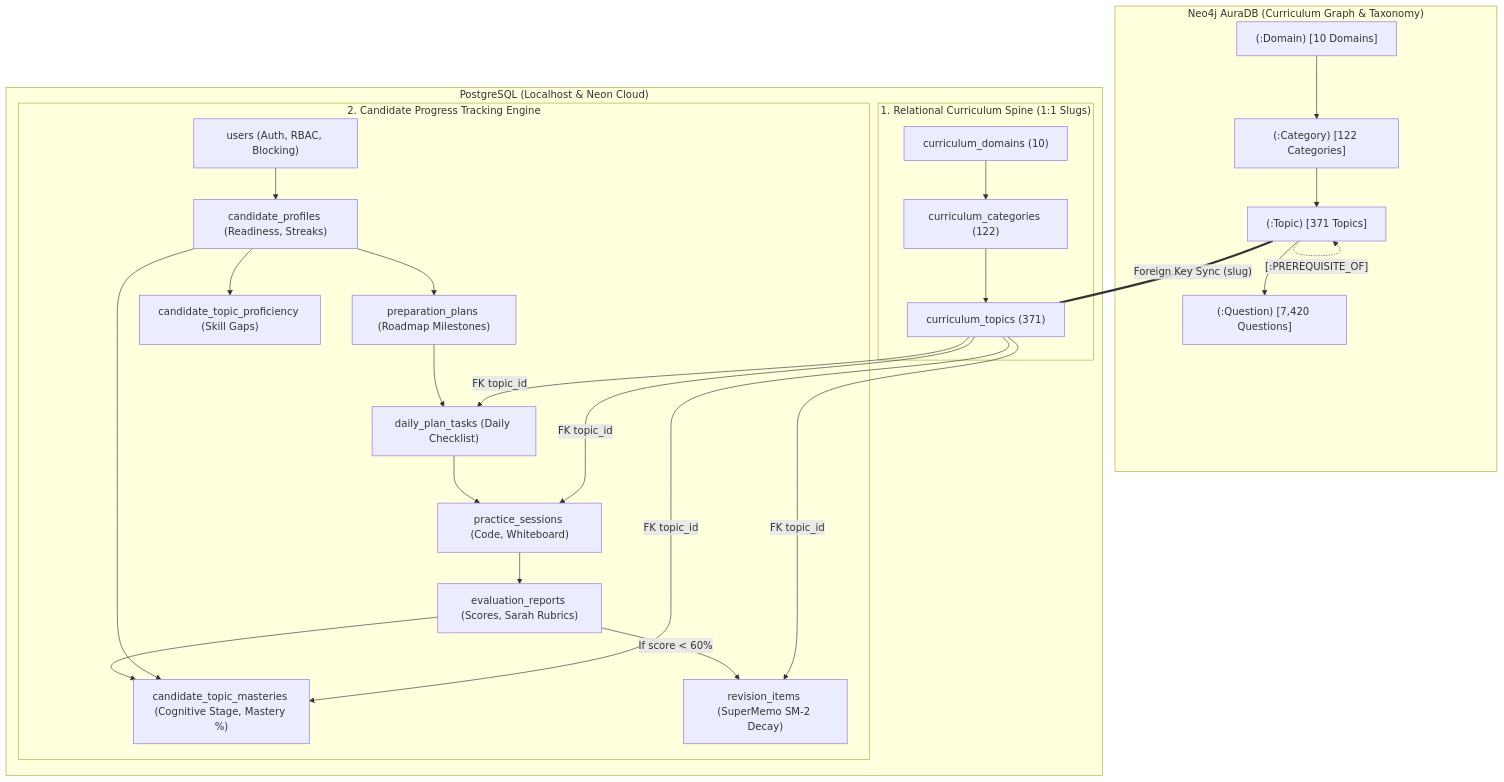
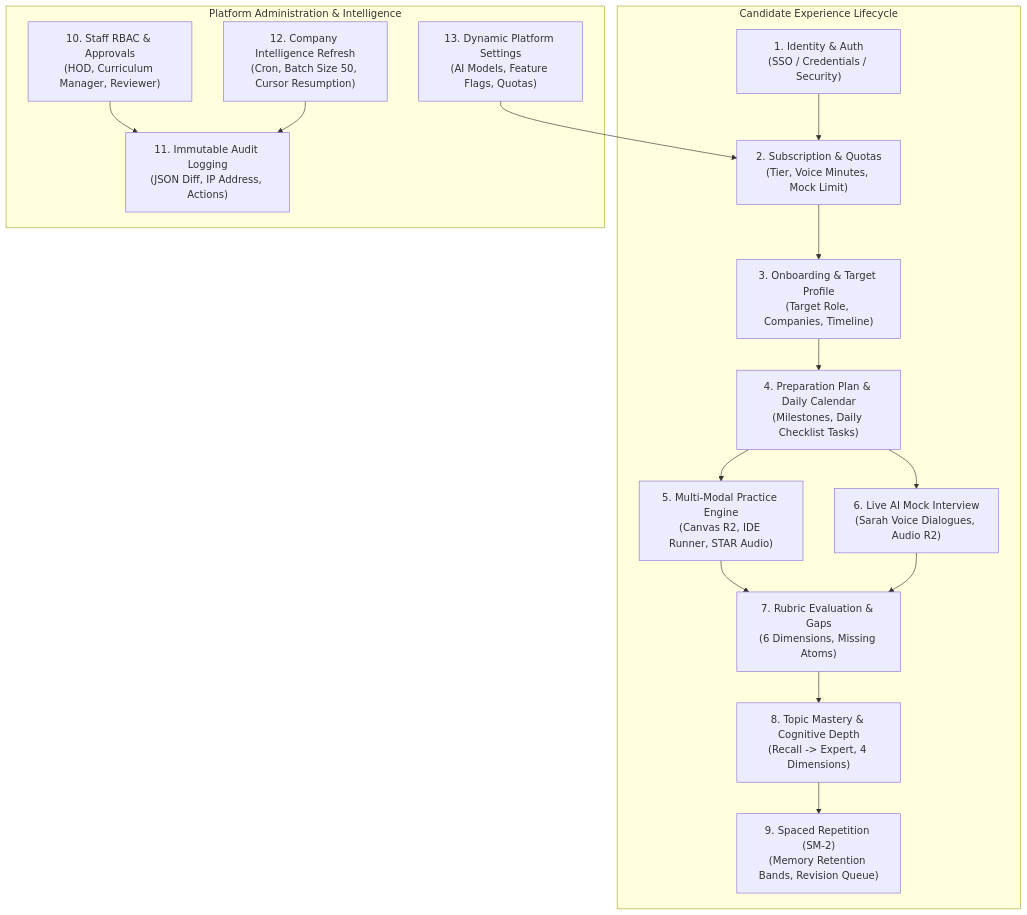
The first of 2 diagrams in docs/DATABASE_ARCHITECTURE_AND_PROGRESS_TRACKING_SPEC.md (imsauravsingh/prepinminutes-backend), drawn with Mermaid before and after one commit. The commit also changed other lines of this file and 9 other files, not shown here.

Commit message:
feat(data-architecture): complete DATA-P0-01 and DATA-P0-02 universal schema and local migration

````diff
--- a/docs/DATABASE_ARCHITECTURE_AND_PROGRESS_TRACKING_SPEC.md
+++ b/docs/DATABASE_ARCHITECTURE_AND_PROGRESS_TRACKING_SPEC.md
@@ -25,43 +17,27 @@
 ```mermaid
 flowchart TD
-  subgraph GRAPH_LAYER["Neo4j AuraDB (Curriculum Graph & Taxonomy)"]
-    D["(:Domain) [10 Domains]"]
-    C["(:Category) [122 Categories]"]
-    T["(:Topic) [371 Topics]"]
-    Q["(:Question) [7,420 Questions]"]
-    D --> C --> T --> Q
-    T -.->|"[:PREREQUISITE_OF]"| T
+  subgraph CANDIDATE_LIFECYCLE["Candidate Experience Lifecycle"]
+    AUTH["1. Identity & Auth<br/>(SSO / Credentials / Security)"]
+    SUB["2. Subscription & Quotas<br/>(Tier, Voice Minutes, Mock Limit)"]
+    ONBOARD["3. Onboarding & Target Profile<br/>(Target Role, Companies, Timeline)"]
+    PLAN["4. Preparation Plan & Daily Calendar<br/>(Milestones, Daily Checklist Tasks)"]
+    PRACTICE["5. Multi-Modal Practice Engine<br/>(Canvas R2, IDE Runner, STAR Audio)"]
+    MOCK["6. Live AI Mock Interview<br/>(Sarah Voice Dialogues, Audio R2)"]
+    EVAL["7. Rubric Evaluation & Gaps<br/>(6 Dimensions, Missing Atoms)"]
+    MASTERY["8. Topic Mastery & Cognitive Depth<br/>(Recall -> Expert, 4 Dimensions)"]
+    DECAY["9. Spaced Repetition (SM-2)<br/>(Memory Retention Bands, Revision Queue)"]
   end
 
-  subgraph RELATIONAL_LAYER["PostgreSQL (Localhost & Neon Cloud)"]
-    subgraph CURRICULUM_MIRROR["1. Relational Curriculum Spine (1:1 Slugs)"]
-      RD["curriculum_domains (10)"]
-      RC["curriculum_categories (122)"]
-      RT["curriculum_topics (371)"]
-      RD --> RC --> RT
-    end
-
-    subgraph PROGRESS_ENGINE["2. Candidate Progress Tracking Engine"]
-      U["users (Auth, RBAC, Blocking)"]
-      CP["candidate_profiles (Readiness, Streaks)"]
-      PLAN["preparation_plans (Roadmap Milestones)"]
-      TASK["daily_plan_tasks (Daily Checklist)"]
-      MASTERY["candidate_topic_masteries (Cognitive Stage, Mastery %)"]
-      PROF["candidate_topic_proficiency (Skill Gaps)"]
-      PRACTICE["practice_sessions (Code, Whiteboard)"]
-      EVAL["evaluation_reports (Scores, Sarah Rubrics)"]
-      REV["revision_items (SuperMemo SM-2 Decay)"]
-    end
+  subgraph ADMIN_CONTROL["Platform Administration & Intelligence"]
+    STAFF["10. Staff RBAC & Approvals<br/>(HOD, Curriculum Manager, Reviewer)"]
+    AUDIT["11. Immutable Audit Logging<br/>(JSON Diff, IP Address, Actions)"]
+    INTEL["12. Company Intelligence Refresh<br/>(Cron, Batch Size 50, Cursor Resumption)"]
+    CONFIG["13. Dynamic Platform Settings<br/>(AI Models, Feature Flags, Quotas)"]
   end
 
-  T ===|"Foreign Key Sync (slug)"| RT
-  RT -->|"FK topic_id"| MASTERY
-  RT -->|"FK topic_id"| TASK
-  RT -->|"FK topic_id"| PRACTICE
-  RT -->|"FK topic_id"| REV
-  U --> CP --> PLAN --> TASK
-  CP --> MASTERY
-  CP --> PROF
-  TASK --> PRACTICE --> EVAL --> MASTERY
-  EVAL -->|"If score < 60%"| REV
+  AUTH --> SUB --> ONBOARD --> PLAN --> PRACTICE --> EVAL --> MASTERY --> DECAY
+  PLAN --> MOCK --> EVAL
+  STAFF --> AUDIT
+  INTEL --> AUDIT
+  CONFIG --> SUB
 ```
````
